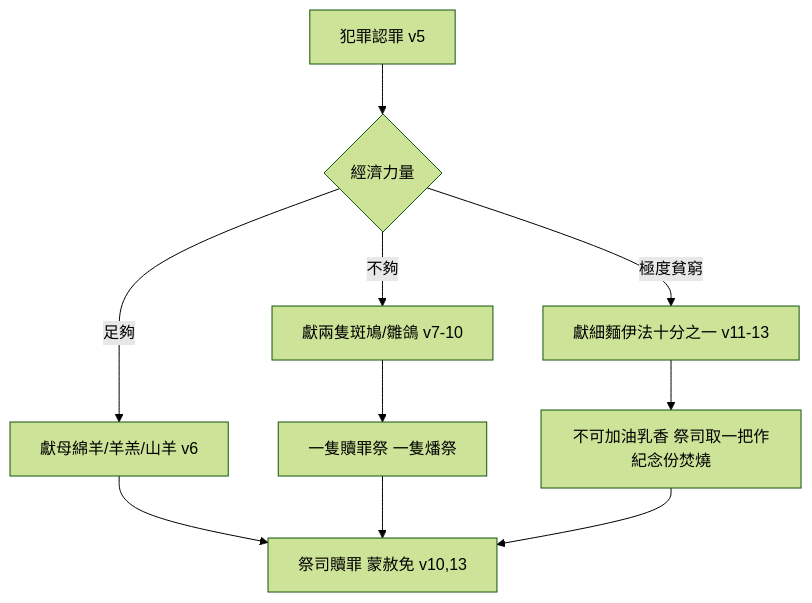
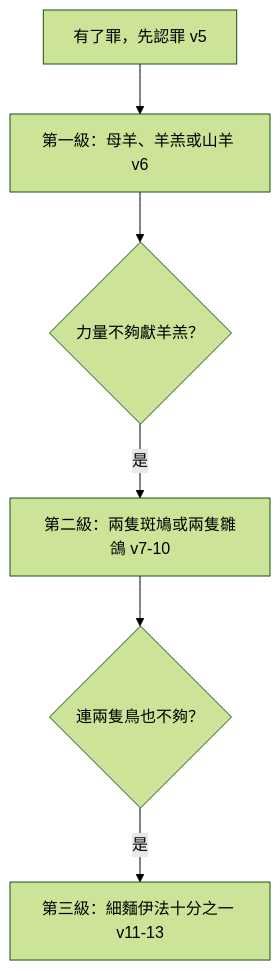
Before and after one commit to andyjr5566/Bible_wiki_zh: the diagram in 03 利未記/第5章.md, drawn with Mermaid (forest theme). The commit also changed other lines of this file and 64 other files, not shown here.

````diff
--- a/03 利未記/第5章.md
+++ b/03 利未記/第5章.md
@@ -68,10 +113,8 @@
 ```mermaid
 flowchart TD
-    A[犯罪認罪 v5] --> B{經濟力量}
-    B -- 足夠 --> C[獻母綿羊/羊羔/山羊 v6]
-    B -- 不夠 --> D[獻兩隻斑鳩/雛鴿 v7-10]
-    D --> E[一隻贖罪祭 一隻燔祭]
-    B -- 極度貧窮 --> F[獻細麵伊法十分之一 v11-13]
-    F --> G[不可加油乳香 祭司取一把作紀念份焚燒]
-    C & E & G --> H[祭司贖罪 蒙赦免 v10,13]
+    A["有了罪，先認罪 v5"] --> B["第一級：母羊、羊羔或山羊 v6"]
+    B --> C{"力量不夠獻羊羔？"}
+    C -->|"是"| D["第二級：兩隻斑鳩或兩隻雛鴿 v7-10"]
+    D --> E{"連兩隻鳥也不夠？"}
+    E -->|"是"| F["第三級：細麵伊法十分之一 v11-13"]
 ```
````
